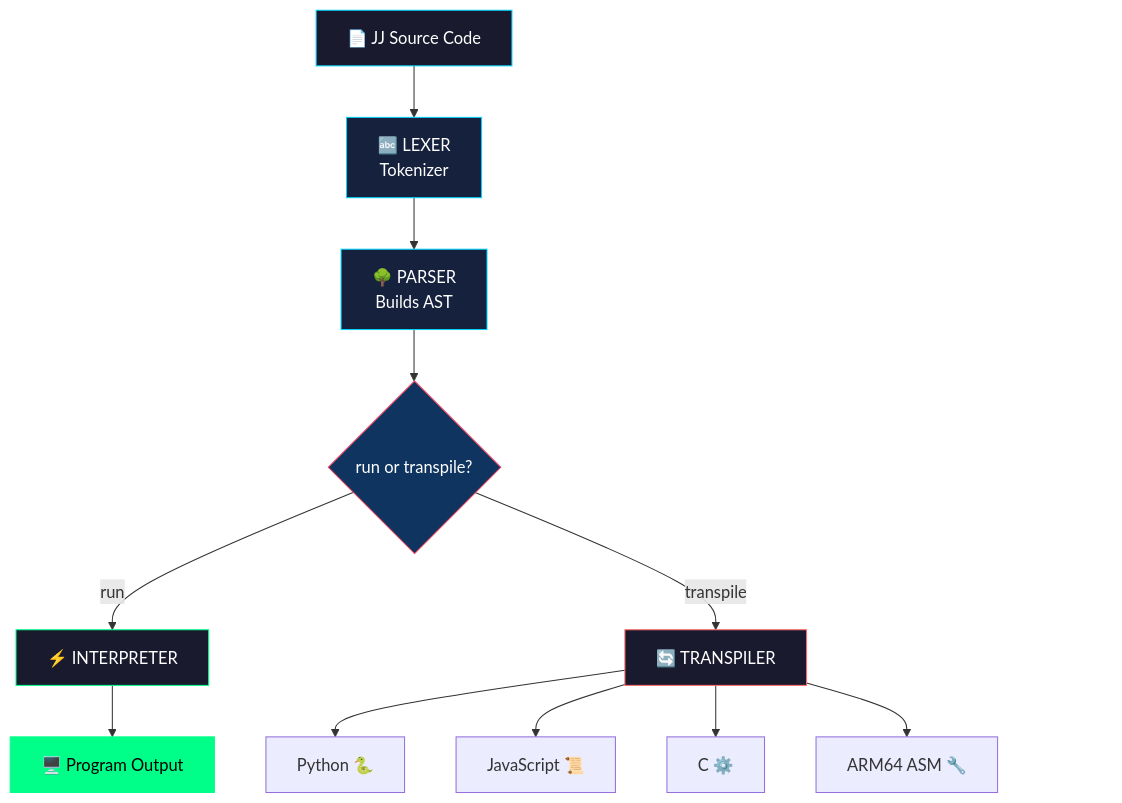
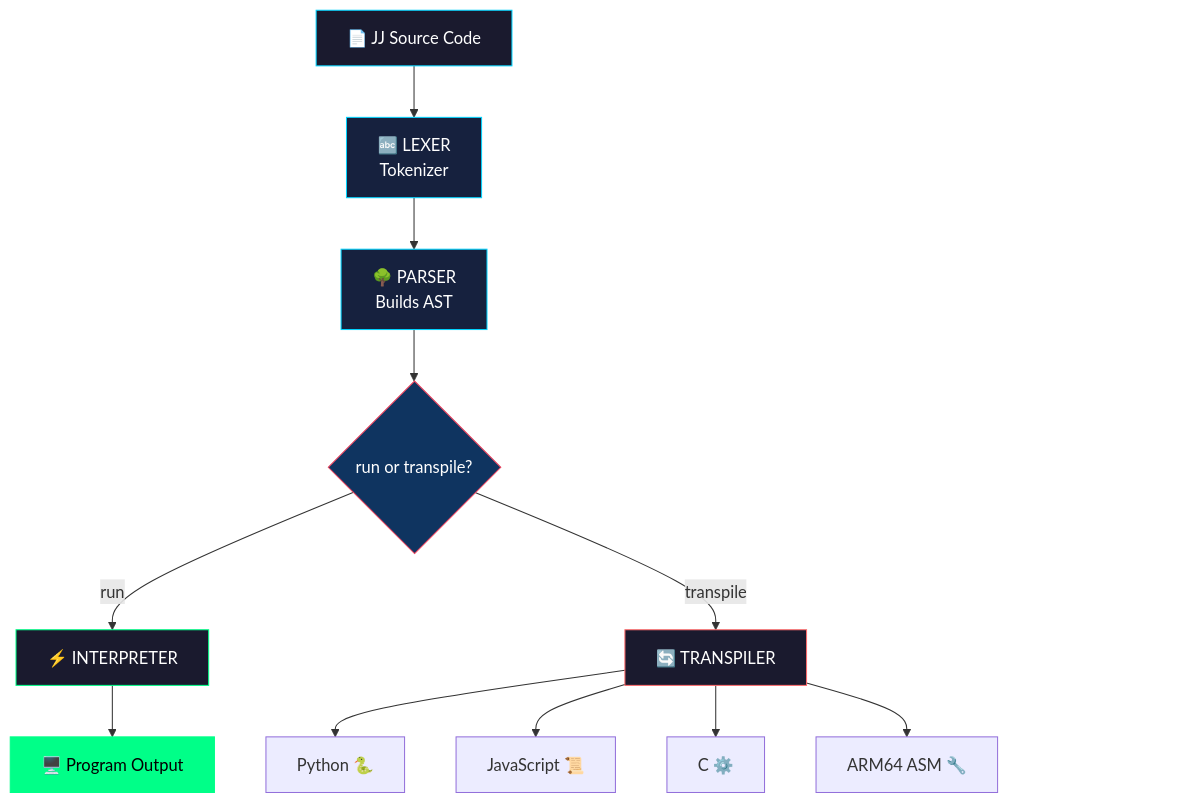
The diagram in README.md (SuperBox64/JibberJabber), drawn with Mermaid before and after one commit.

Commit message:
Widen phantom spacer node

````diff
--- a/README.md
+++ b/README.md
@@ -350,26 +350,26 @@
 ```mermaid
 flowchart TD
     A[📄 JJ Source Code] --> B[🔤 LEXER<br>Tokenizer]
     B --> C[🌳 PARSER<br>Builds AST]
     C --> D{run or transpile?}
 
     D -->|run| E[⚡ INTERPRETER]
     E --> F[🖥️ Program Output]
 
     D -->|transpile| G[🔄 TRANSPILER]
     G --> H[Python 🐍]
     G --> I[JavaScript 📜]
     G --> J[C ⚙️]
     G --> K[ARM64 ASM 🔧]
-    G ~~~ L[ ]
+    G ~~~ L[" ​ ​ ​ ​ ​ ​ ​ ​ ​ ​ ​ ​ ​ ​ ​ ​ ​ ​ ​ ​ "]
 
     style L fill:none,stroke:none,color:none
 
     style A fill:#1a1a2e,stroke:#00d4ff,color:#fff
     style B fill:#16213e,stroke:#00d4ff,color:#fff
     style C fill:#16213e,stroke:#00d4ff,color:#fff
     style D fill:#0f3460,stroke:#e94560,color:#fff
     style E fill:#1a1a2e,stroke:#00ff88,color:#fff
     style F fill:#00ff88,stroke:#00ff88,color:#000
     style G fill:#1a1a2e,stroke:#ff6b6b,color:#fff
 ```
````
